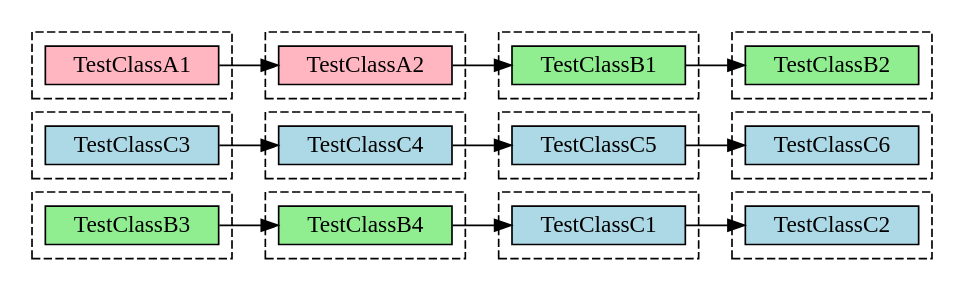
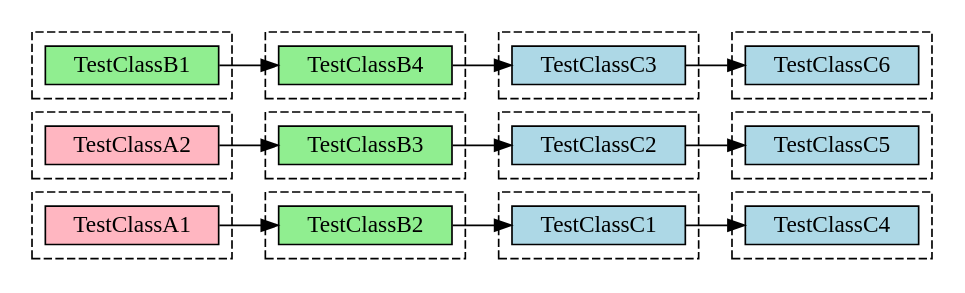
One commit to com-lihaoyi/mill changed the third of 5 diagrams in website/blog/modules/ROOT/pages/11-jvm-test-parallelism.adoc. Above: the diagram before and after it, drawn with Graphviz. The commit also changed other lines of this file, not shown here.

````diff
--- a/website/blog/modules/ROOT/pages/11-jvm-test-parallelism.adoc
+++ b/website/blog/modules/ROOT/pages/11-jvm-test-parallelism.adoc
@@ -232,32 +263,32 @@
 ```graphviz
 digraph G {
   rankdir=LR
   node [shape=box width=0 height=0]
 
 
   style="dashed"
 
   subgraph cluster_c1 { label=""; TestClassC1 [style=filled fillcolor=lightblue] }
   subgraph cluster_c2 { label=""; TestClassC2 [style=filled fillcolor=lightblue] }
   subgraph cluster_c3 { label=""; TestClassC3 [style=filled fillcolor=lightblue] }
   subgraph cluster_c4 { label=""; TestClassC4 [style=filled fillcolor=lightblue] }
   subgraph cluster_c5 { label=""; TestClassC5 [style=filled fillcolor=lightblue] }
   subgraph cluster_c6 { label=""; TestClassC6 [style=filled fillcolor=lightblue] }
 
 
   subgraph cluster_b1 { label=""; TestClassB1 [style=filled fillcolor=lightgreen] }
   subgraph cluster_b2 { label=""; TestClassB2 [style=filled fillcolor=lightgreen] }
   subgraph cluster_b3 { label=""; TestClassB3 [style=filled fillcolor=lightgreen] }
   subgraph cluster_b4 { label=""; TestClassB4 [style=filled fillcolor=lightgreen] }
 
 
 
   subgraph cluster_a1 { label=""; TestClassA1 [style=filled fillcolor=lightpink] }
   subgraph cluster_a2 { label=""; TestClassA2 [style=filled fillcolor=lightpink] }
 
 
-  TestClassA1 -> TestClassA2 -> TestClassB1 -> TestClassB2
-  TestClassB3 -> TestClassB4 -> TestClassC1 -> TestClassC2
-  TestClassC3 -> TestClassC4 -> TestClassC5 -> TestClassC6
+  TestClassA1 -> TestClassB2 -> TestClassC1 -> TestClassC4
+  TestClassA2 -> TestClassB3 -> TestClassC2 -> TestClassC5
+  TestClassB1 -> TestClassB4 -> TestClassC3 -> TestClassC6
 }
 ```
````
